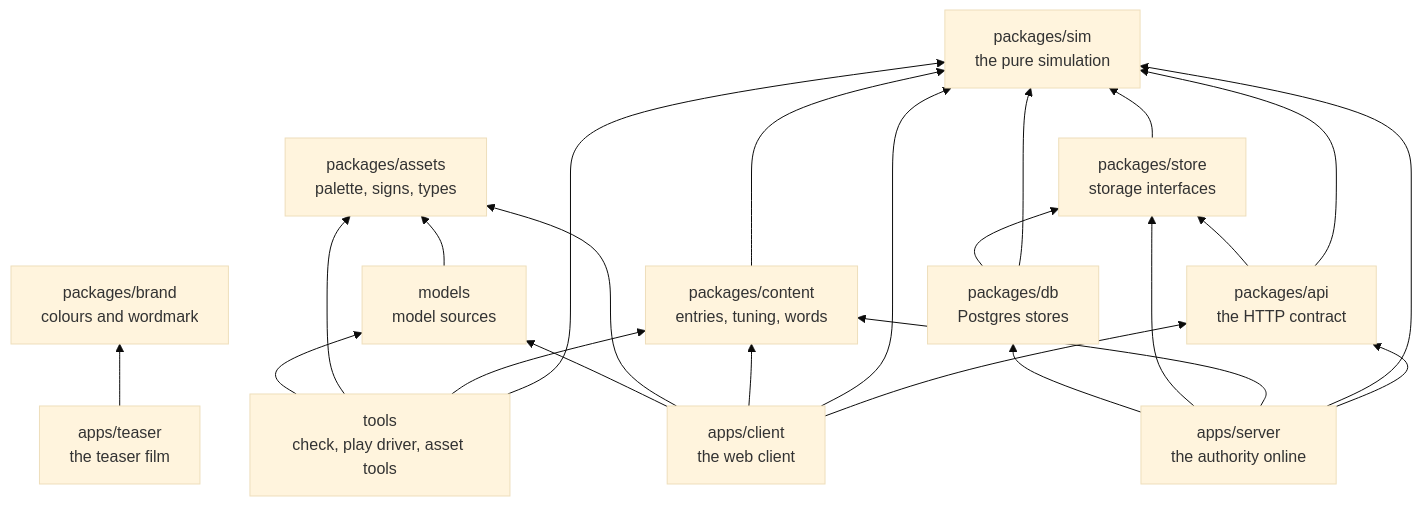
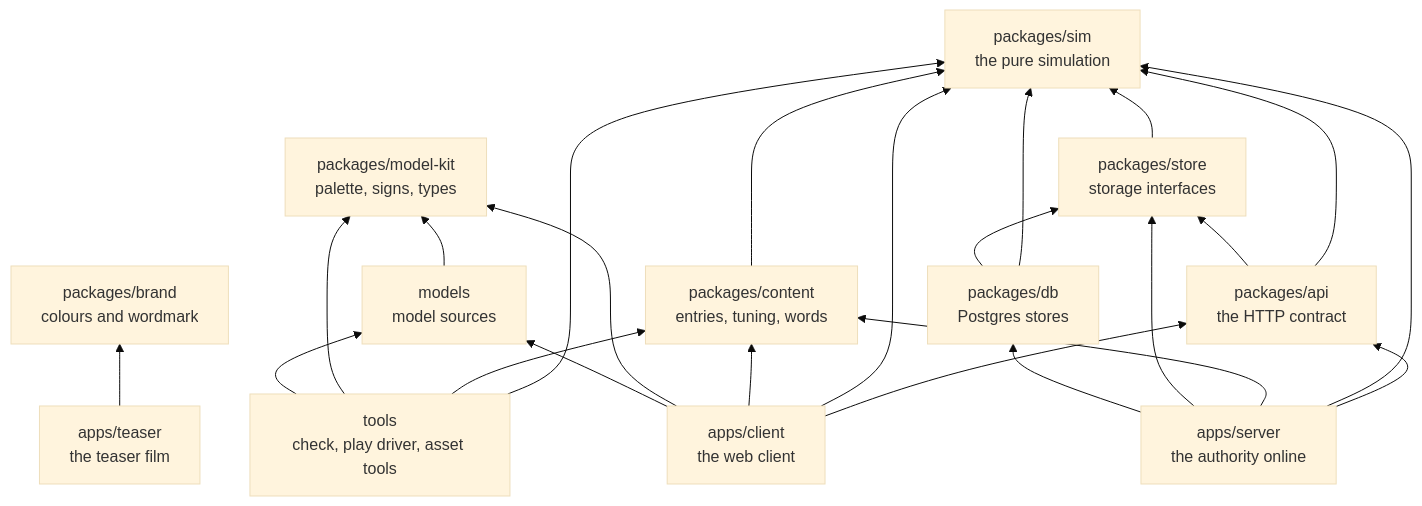
One commit to buildlab-studio/japacity changed the first of 4 diagrams in docs/site/built/index.md. Above: the diagram before and after it, drawn with Mermaid (base theme). The commit also changed other lines of this file and 159 other files, not shown here.

Commit message:
The kit models are built with is packages/model-kit, package @japacity/model-kit

````diff
--- a/docs/site/built/index.md
+++ b/docs/site/built/index.md
@@ -13,38 +13,38 @@
 ```mermaid
 flowchart BT
   sim["packages/sim<br/>the pure simulation"]
   content["packages/content<br/>entries, tuning, words"]
   store["packages/store<br/>storage interfaces"]
   api["packages/api<br/>the HTTP contract"]
   db["packages/db<br/>Postgres stores"]
-  assets["packages/assets<br/>palette, signs, types"]
+  modelKit["packages/model-kit<br/>palette, signs, types"]
   brand["packages/brand<br/>colours and wordmark"]
-  assetsSrc["models<br/>model sources"]
+  models["models<br/>model sources"]
   client["apps/client<br/>the web client"]
   server["apps/server<br/>the authority online"]
   teaser["apps/teaser<br/>the teaser film"]
   tools["tools<br/>check, play driver, asset tools"]
 
   content --> sim
   store --> sim
   db --> sim
   db --> store
   api --> sim
   api --> store
-  assetsSrc --> assets
+  models --> modelKit
   client --> api
   client --> sim
   client --> content
-  client --> assets
-  client --> assetsSrc
+  client --> modelKit
+  client --> models
   server --> api
   server --> sim
   server --> content
   server --> store
   server --> db
   teaser --> brand
   tools --> sim
   tools --> content
-  tools --> assets
-  tools --> assetsSrc
+  tools --> modelKit
+  tools --> models
 ```
````
